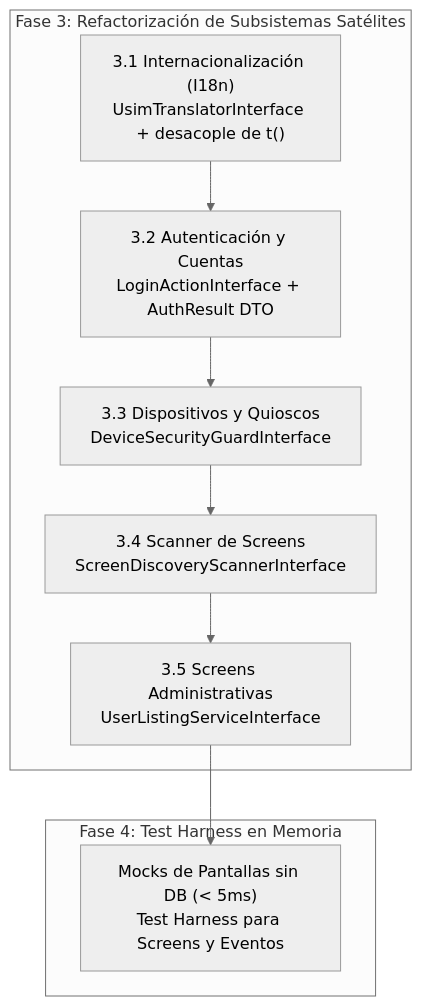
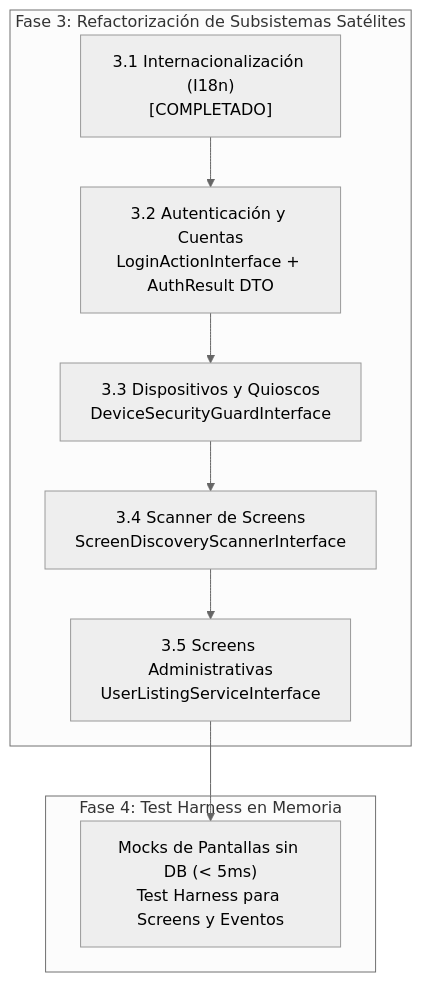
Before and after one commit to idei/usim-framework: the diagram in docs/HANDOVER_REFACTORING_SOLIDO_FASE3_Y_4.md, drawn with Mermaid (neutral theme). The commit also changed other lines of this file and 6 other files, not shown here.

First line of the commit message:
refactor(i18n): decouple translation system with UsimTranslatorInterface and mockable t() helper

````diff
--- a/docs/HANDOVER_REFACTORING_SOLIDO_FASE3_Y_4.md
+++ b/docs/HANDOVER_REFACTORING_SOLIDO_FASE3_Y_4.md
@@ -40,20 +47,20 @@
 ```mermaid
 flowchart TD
     subgraph Fase3 ["Fase 3: Refactorización de Subsistemas Satélites"]
-        F31["3.1 Internacionalización (I18n)\nUsimTranslatorInterface + desacople de t()"]
+        F31["3.1 Internacionalización (I18n)\n[COMPLETADO]"]
         F32["3.2 Autenticación y Cuentas\nLoginActionInterface + AuthResult DTO"]
         F33["3.3 Dispositivos y Quioscos\nDeviceSecurityGuardInterface"]
         F34["3.4 Scanner de Screens\nScreenDiscoveryScannerInterface"]
         F35["3.5 Screens Administrativas\nUserListingServiceInterface"]
     end
 
     subgraph Fase4 ["Fase 4: Test Harness en Memoria"]
         F41["Mocks de Pantallas sin DB (< 5ms)\nTest Harness para Screens y Eventos"]
     end
 
     F31 --> F32
     F32 --> F33
     F33 --> F34
     F34 --> F35
     F35 --> F41
 ```
````
